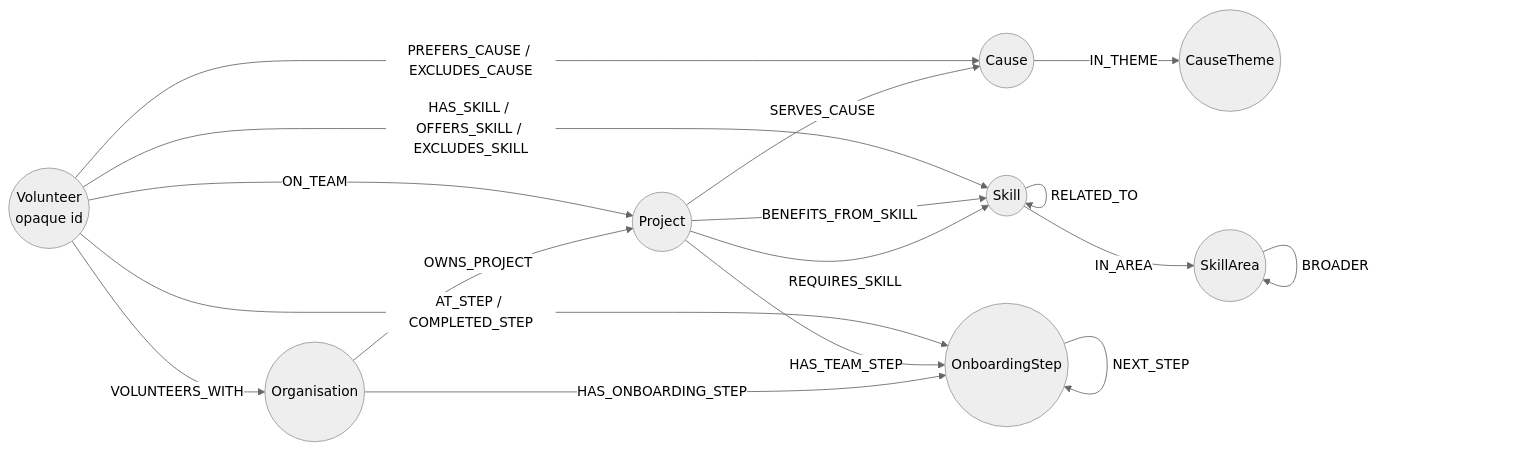
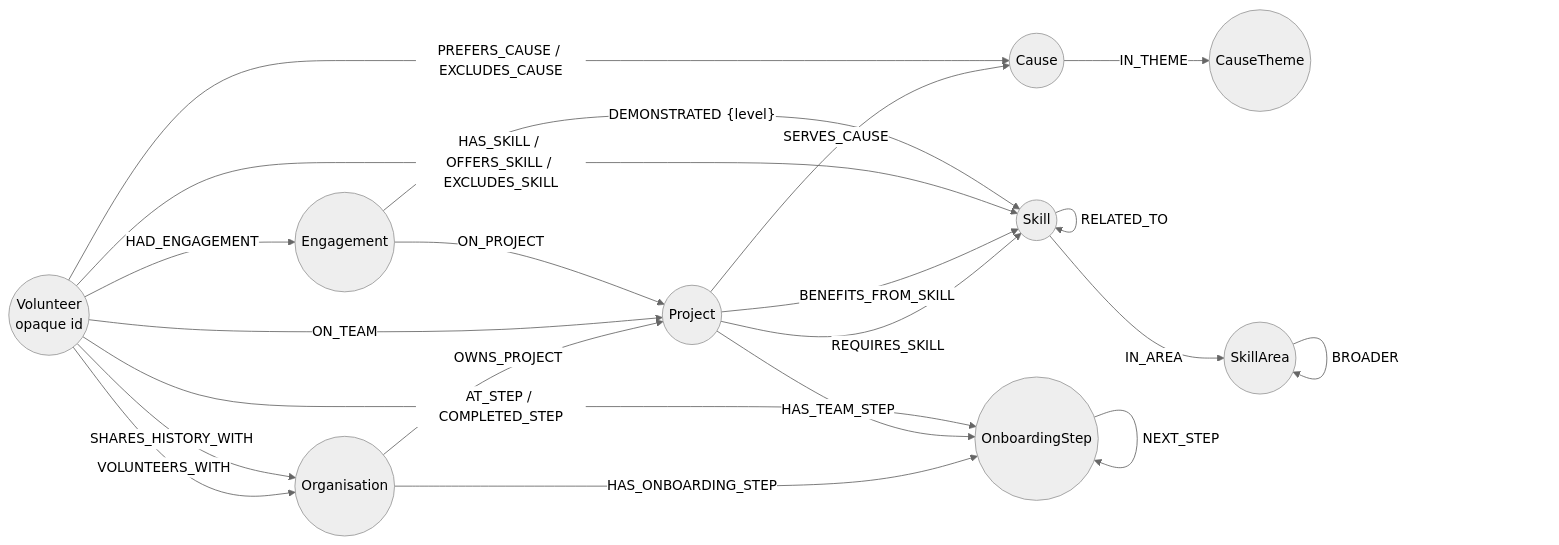
Before and after one commit to TheCyberScallywag/hackEntry: the second of 3 diagrams in docs/content/project/relate.md, drawn with Mermaid (neutral theme). The commit also changed other lines of this file and 34 other files, not shown here.

````diff
--- a/docs/content/project/relate.md
+++ b/docs/content/project/relate.md
@@ -92,19 +92,23 @@
 ```mermaid
 flowchart LR
   O((Organisation)) -- OWNS_PROJECT --> P((Project))
   P -- SERVES_CAUSE --> C((Cause))
   C -- IN_THEME --> CT((CauseTheme))
   S -- IN_AREA --> SA((SkillArea))
   SA -- BROADER --> SA
   S -- RELATED_TO --> S
   P -- REQUIRES_SKILL --> S((Skill))
   P -- BENEFITS_FROM_SKILL --> S
   V((Volunteer<br/>opaque id)) -- "VOLUNTEERS_WITH" --> O
   V -- "HAS_SKILL / OFFERS_SKILL / EXCLUDES_SKILL" --> S
   V -- "PREFERS_CAUSE / EXCLUDES_CAUSE" --> C
   V -- "ON_TEAM" --> P
+  V -- HAD_ENGAGEMENT --> E((Engagement))
+  E -- ON_PROJECT --> P
+  E -- "DEMONSTRATED {level}" --> S
+  V -- SHARES_HISTORY_WITH --> O
   O -- HAS_ONBOARDING_STEP --> T((OnboardingStep))
   P -- HAS_TEAM_STEP --> T
   T -- NEXT_STEP --> T
   V -- "AT_STEP / COMPLETED_STEP" --> T
 ```
````
